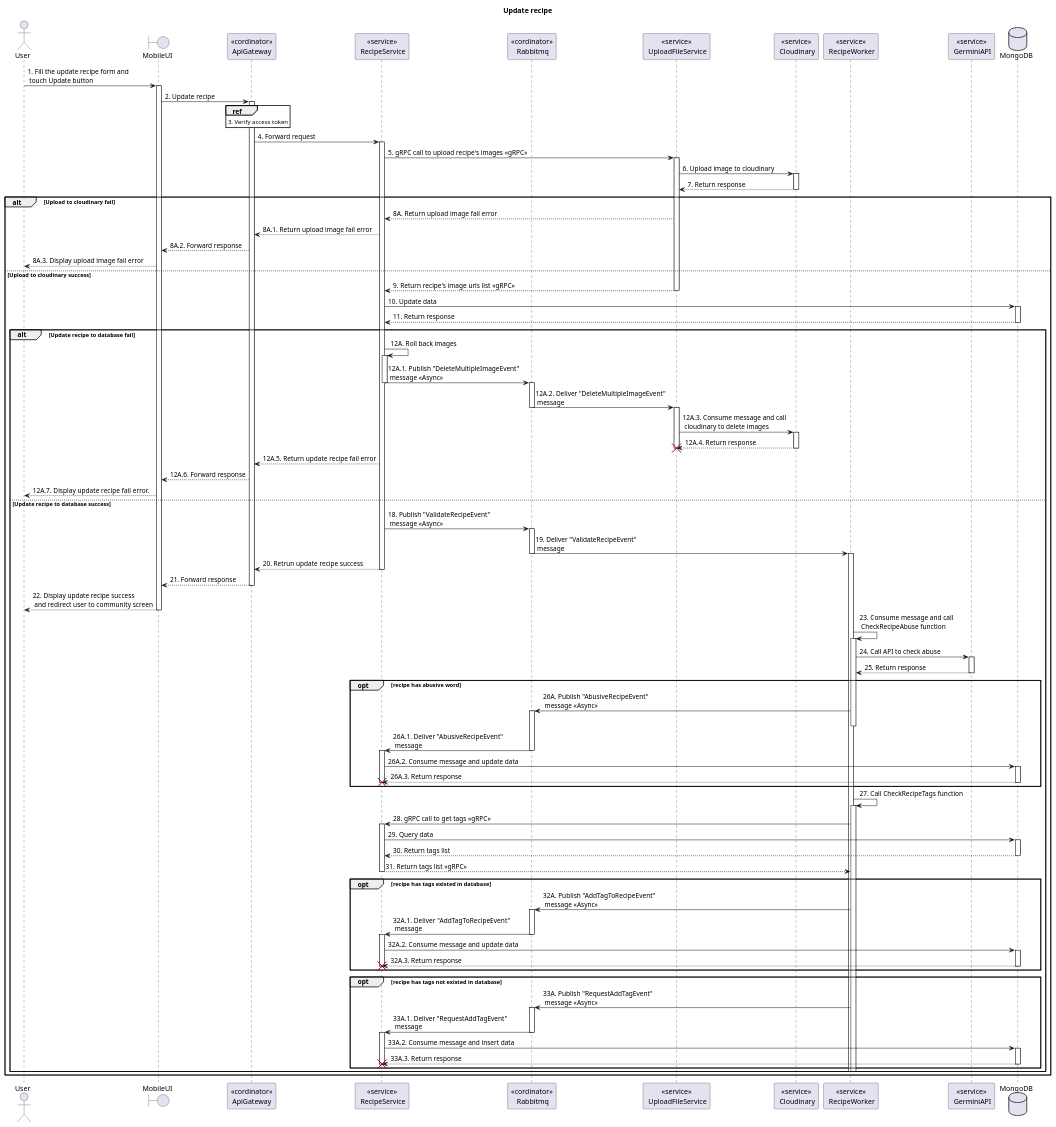
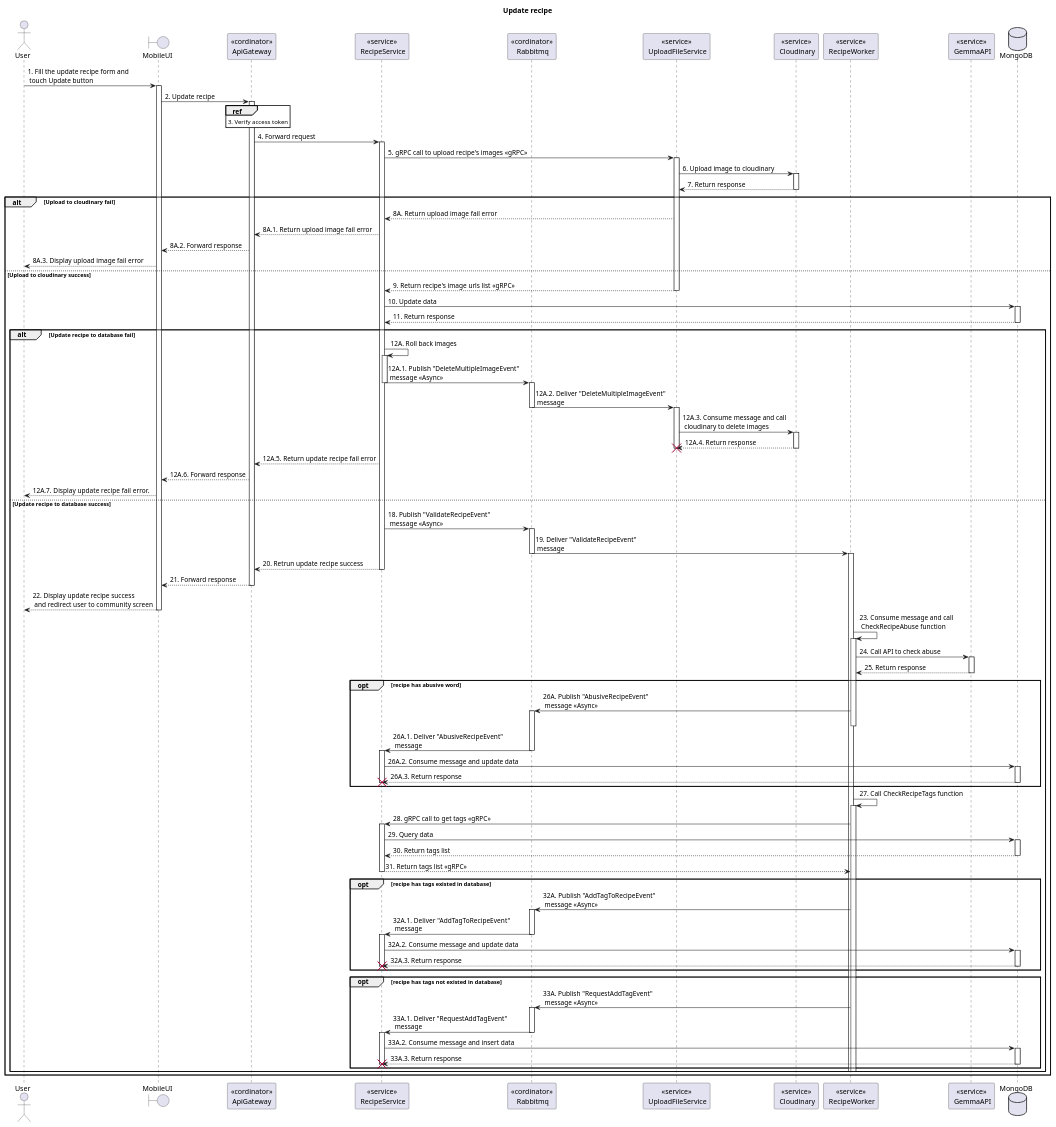
One commit to Carl-Johnsons/tastopia changed the diagram in doc/SDS/Recipe/User/Update recipe/Sequence.plantuml. Above: the diagram before and after it, drawn with PlantUML. The commit also changed 1 other file, not shown here.

Commit message:
doc: fix create and update recipe sequence

```diff
--- a/doc/SDS/Recipe/User/Update recipe/Sequence.plantuml
+++ b/doc/SDS/Recipe/User/Update recipe/Sequence.plantuml
@@ -1,117 +1,117 @@
 @startuml Sequence
 title "Update recipe"
 ' Style section
 <style>
   sequenceDiagram {
     reference {
       BackGroundColor white
     }
 }
 </style>
 
 actor User
 boundary MobileUI 
 participant "<<cordinator>>\nApiGateway" as ApiGateway
 participant "<<service>>\n RecipeService" as RecipeService
 participant "<<cordinator>>\n Rabbitmq" as Rabbitmq
 participant "<<service>>\n UploadFileService" as UploadFileService
 participant "<<service>>\n Cloudinary" as Cloudinary
 participant "<<service>>\n RecipeWorker" as RecipeWorker
-participant "<<service>>\n GerminiAPI" as GerminiAPI
+participant "<<service>>\n GemmaAPI" as GemmaAPI
 database MongoDB
 
 User -> MobileUI++: 1. Fill the update recipe form and \n touch Update button
 
 MobileUI -> ApiGateway++: 2. Update recipe
 
 ref over ApiGateway: 3. Verify access token
 
 ApiGateway -> RecipeService++: 4. Forward request
 
 RecipeService -> UploadFileService++: 5. gRPC call to upload recipe's images <<gRPC>>
 UploadFileService -> Cloudinary++: 6. Upload image to cloudinary
 UploadFileService <-- Cloudinary--: 7. Return response
 
 alt Upload to cloudinary fail
     RecipeService <-- UploadFileService: 8A. Return upload image fail error
     ApiGateway <-- RecipeService: 8A.1. Return upload image fail error
     MobileUI <-- ApiGateway: 8A.2. Forward response
     User <-- MobileUI: 8A.3. Display upload image fail error
 else Upload to cloudinary success 
     RecipeService <-- UploadFileService--: 9. Return recipe's image urls list <<gRPC>>
     RecipeService -> MongoDB++: 10. Update data
     RecipeService <-- MongoDB--: 11. Return response
     alt Update recipe to database fail
         RecipeService -> RecipeService: 12A. Roll back images
         activate RecipeService
         RecipeService -> Rabbitmq: 12A.1. Publish "DeleteMultipleImageEvent" \n message <<Async>>
         deactivate RecipeService
         activate Rabbitmq
         Rabbitmq -> UploadFileService: 12A.2. Deliver "DeleteMultipleImageEvent"\n message
         deactivate Rabbitmq
         activate UploadFileService
         UploadFileService -> Cloudinary++: 12A.3. Consume message and call \n cloudinary to delete images
         UploadFileService <-- Cloudinary--: 12A.4. Return response
         destroy UploadFileService
         deactivate UploadFileService
         ApiGateway <-- RecipeService: 12A.5. Return update recipe fail error
         MobileUI <-- ApiGateway: 12A.6. Forward response
         User <-- MobileUI: 12A.7. Display update recipe fail error.
     else Update recipe to database success
         RecipeService -> Rabbitmq++: 18. Publish "ValidateRecipeEvent" \n message <<Async>>
         Rabbitmq -> RecipeWorker: 19. Deliver "ValidateRecipeEvent"\n message
         deactivate Rabbitmq
         activate RecipeWorker
         ApiGateway <-- RecipeService--: 20. Retrun update recipe success
         MobileUI <-- ApiGateway--: 21. Forward response
         User <-- MobileUI--: 22. Display update recipe success\n and redirect user to community screen
 
         RecipeWorker -> RecipeWorker: 23. Consume message and call \n CheckRecipeAbuse function
         activate RecipeWorker
-        RecipeWorker -> GerminiAPI++: 24. Call API to check abuse
-        RecipeWorker <-- GerminiAPI--: 25. Return response
+        RecipeWorker -> GemmaAPI++: 24. Call API to check abuse
+        RecipeWorker <-- GemmaAPI--: 25. Return response
 
         opt recipe has abusive word
             RecipeWorker -> Rabbitmq++: 26A. Publish "AbusiveRecipeEvent" \n message <<Async>>
             deactivate RecipeWorker
             Rabbitmq -> RecipeService: 26A.1. Deliver "AbusiveRecipeEvent"\n message
             deactivate Rabbitmq
             activate RecipeService
             RecipeService -> MongoDB++: 26A.2. Consume message and update data
             RecipeService <-- MongoDB--: 26A.3. Return response
             destroy RecipeService
             deactivate RecipeService
         end opt
 
         RecipeWorker -> RecipeWorker++: 27. Call CheckRecipeTags function
         RecipeWorker -> RecipeService++: 28. gRPC call to get tags <<gRPC>>
         RecipeService -> MongoDB++: 29. Query data
         RecipeService <-- MongoDB--: 30. Return tags list
         RecipeWorker <-- RecipeService--: 31. Return tags list <<gRPC>>
         opt recipe has tags existed in database
             RecipeWorker -> Rabbitmq++: 32A. Publish "AddTagToRecipeEvent" \n message <<Async>>
             Rabbitmq -> RecipeService: 32A.1. Deliver "AddTagToRecipeEvent"\n message
             deactivate Rabbitmq
             activate RecipeService
             RecipeService -> MongoDB++: 32A.2. Consume message and update data
             RecipeService <-- MongoDB--: 32A.3. Return response
             destroy RecipeService
             deactivate RecipeService
         end opt
 
         opt recipe has tags not existed in database
             RecipeWorker -> Rabbitmq++: 33A. Publish "RequestAddTagEvent" \n message <<Async>>
             Rabbitmq -> RecipeService: 33A.1. Deliver "RequestAddTagEvent"\n message
             deactivate Rabbitmq
             activate RecipeService
             RecipeService -> MongoDB++: 33A.2. Consume message and insert data
             RecipeService <-- MongoDB--: 33A.3. Return response
             destroy RecipeService
             deactivate RecipeService
         end opt
         deactivate RecipeWorker
         deactivate RecipeWorker
     end alt
 end alt
 
 @enduml
```
